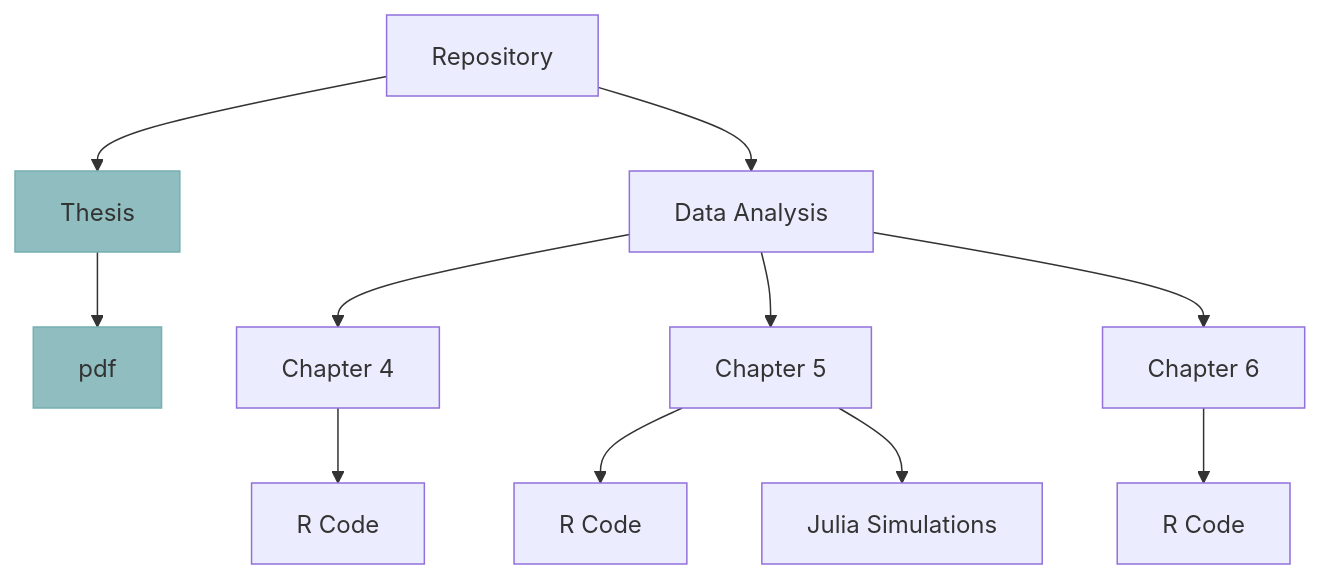
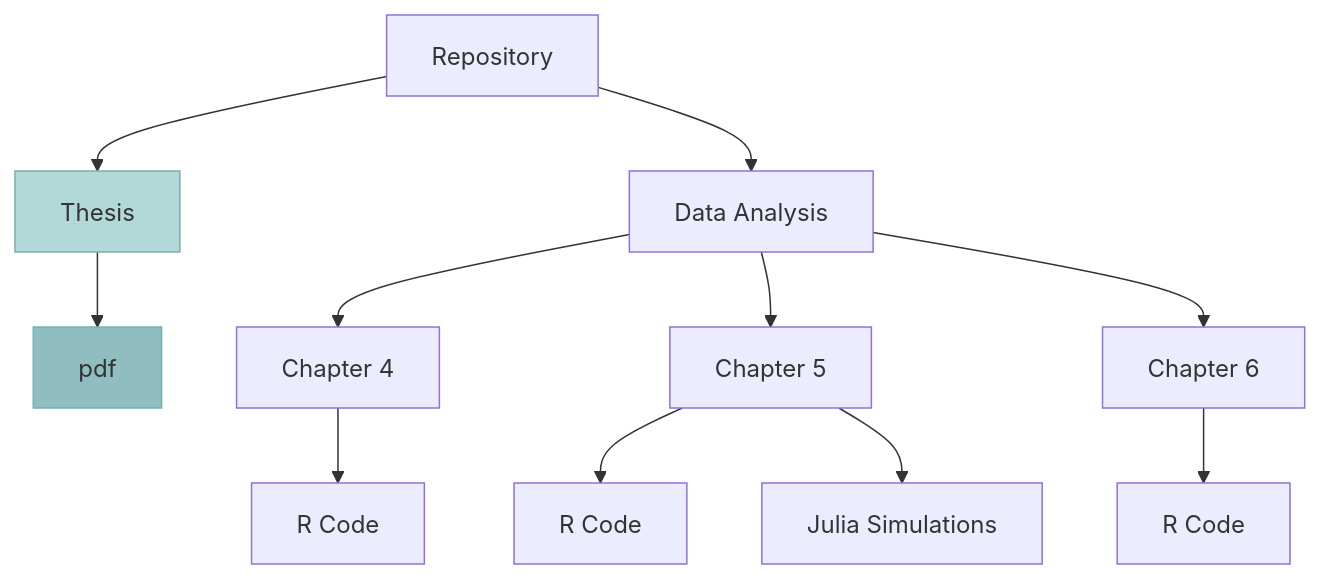
The diagram in README.md (Raquel-Montero/PhDThesis), drawn with Mermaid before and after one commit.

````diff
--- a/README.md
+++ b/README.md
@@ -6,15 +6,15 @@
 ```mermaid
 graph TD;
     A[Repository] -->B[Thesis];
     B[Thesis] -->B1[pdf];
     A[Repository]-->C[Data Analysis];
     C[Data Analysis] --> D[Chapter 4];
     D[Chapter 4] --> D1[R Code];
     C[Data Analysis] --> E[Chapter 5];
     E[Chapter 5] --> E1[R Code];
     E[Chapter 5] --> E2[Julia Simulations];
     C[Data Analysis] --> F[Chapter 6];
     F[Chapter 6] --> F1[R Code];
-style B fill:#90bdbf, stroke:#75b0b2
+style B fill:#b2d8d8, stroke:#75b0b2
 style B1 fill:#90bdbf, stroke:#75b0b2
 ```
````
